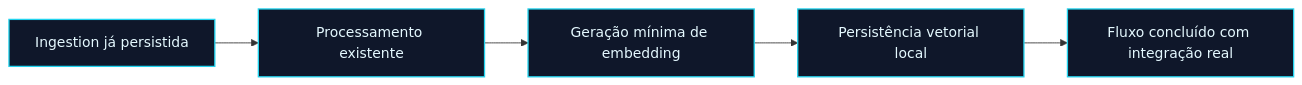
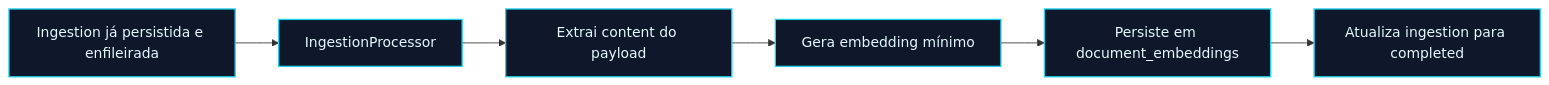
The diagram in PR 20 — Fase 1: Primeira Integração Operacional de Embeddings com Ingestion.md (matheusdiamantino-betalent/questions-ai), drawn with Mermaid before and after one commit. The commit also changed other lines of this file, not shown here.

Commit message:
Update PR 20 — Fase 1: Primeira Integração Operacional de Embeddings com Ingestion.md

````diff
--- a/PR 20 — Fase 1: Primeira Integração Operacional de Embeddings com Ingestion.md
+++ b/PR 20 — Fase 1: Primeira Integração Operacional de Embeddings com Ingestion.md
@@ -122,10 +132,11 @@
 ```mermaid
 flowchart LR
-    A[Ingestion já persistida] --> B[Processamento existente]
-    B --> C[Geração mínima de embedding]
-    C --> D[Persistência vetorial local]
-    D --> E[Fluxo concluído com integração real]
+    A[Ingestion já persistida e enfileirada] --> B[IngestionProcessor]
+    B --> C[Extrai content do payload]
+    C --> D[Gera embedding mínimo]
+    D --> E[Persiste em document_embeddings]
+    E --> F[Atualiza ingestion para completed]
 
     classDef dark fill:#0f172a,stroke:#22d3ee,color:#e5f9ff,stroke-width:1.5px;
-    class A,B,C,D,E dark;
+    class A,B,C,D,E,F dark;
 ```
````
